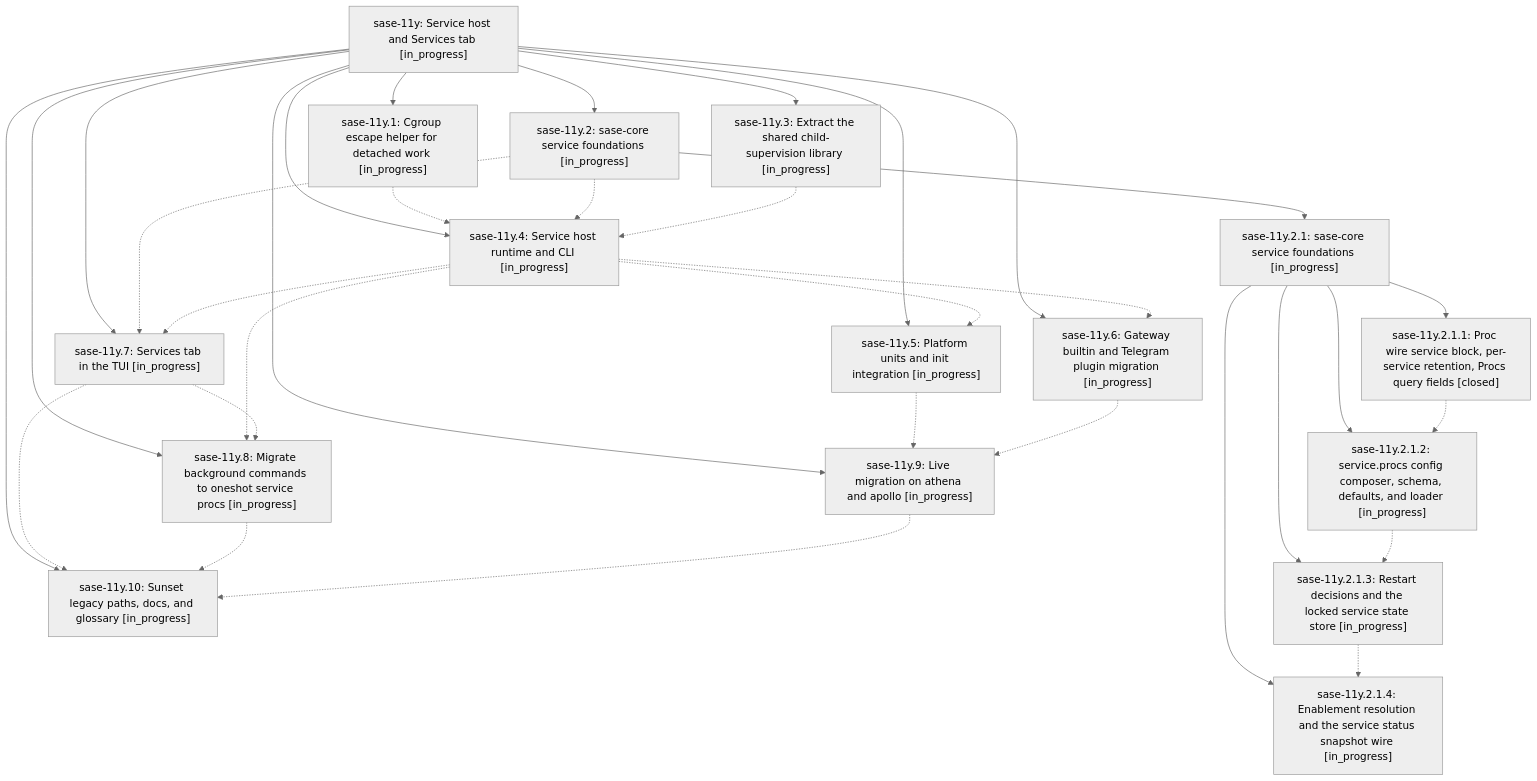
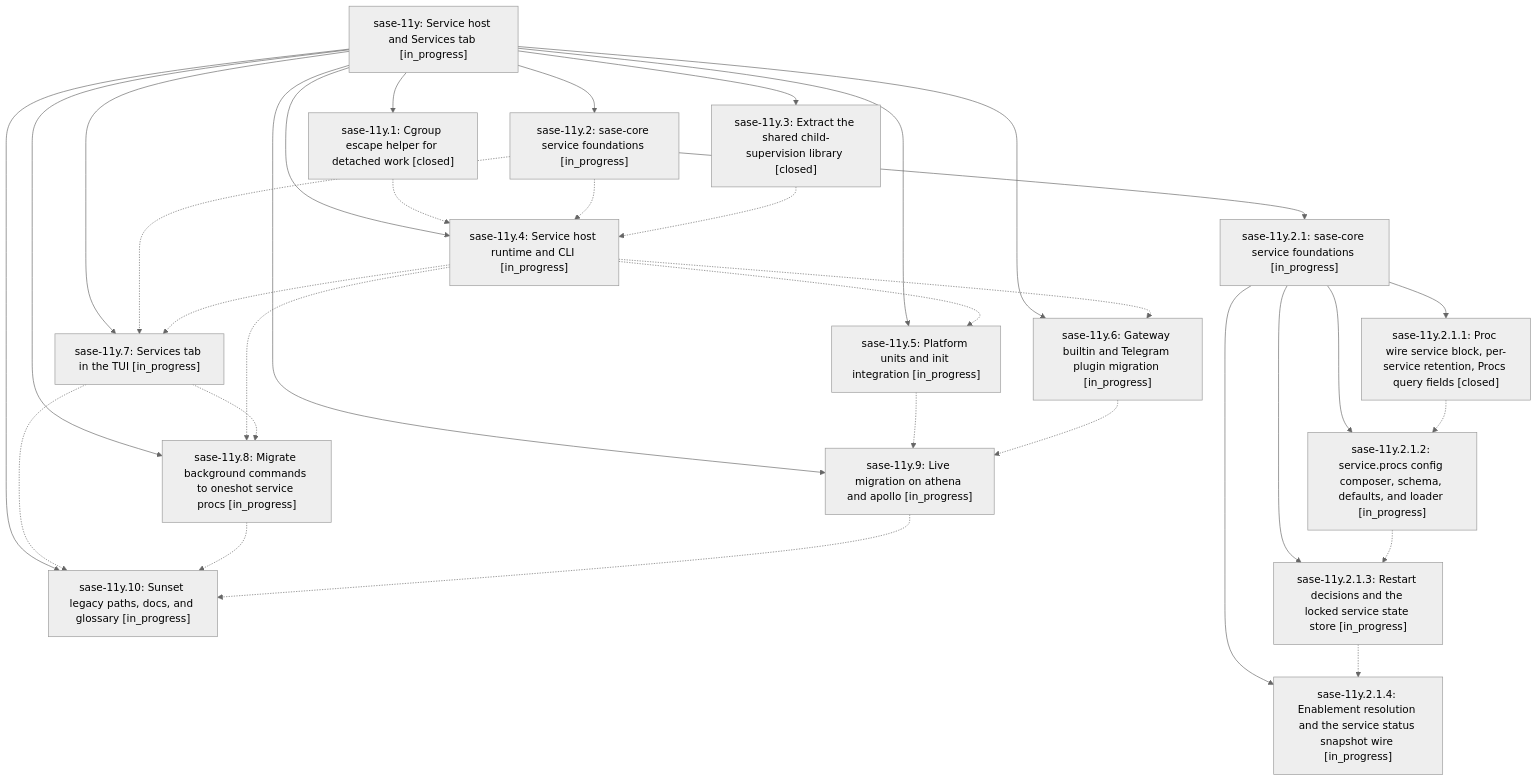
One commit to sase-org/sase--beads changed the diagram in pages/sase-11y/README.md. Above: the diagram before and after it, drawn with Mermaid (neutral theme). The commit also changed other lines of this file and 3 other files, not shown here.

````diff
--- a/pages/sase-11y/README.md
+++ b/pages/sase-11y/README.md
@@ -43,51 +43,51 @@
 ```mermaid
 flowchart TD
     n0["sase-11y: Service host and Services tab [in_progress]"]
-    n1["sase-11y.1: Cgroup escape helper for detached work [in_progress]"]
+    n1["sase-11y.1: Cgroup escape helper for detached work [closed]"]
     n2["sase-11y.10: Sunset legacy paths, docs, and glossary [in_progress]"]
     n3["sase-11y.2: sase-core service foundations [in_progress]"]
     n4["sase-11y.2.1: sase-core service foundations [in_progress]"]
     n5["sase-11y.2.1.1: Proc wire service block, per-service retention, Procs query fields [closed]"]
     n6["sase-11y.2.1.2: service.procs config composer, schema, defaults, and loader [in_progress]"]
     n7["sase-11y.2.1.3: Restart decisions and the locked service state store [in_progress]"]
     n8["sase-11y.2.1.4: Enablement resolution and the service status snapshot wire [in_progress]"]
-    n9["sase-11y.3: Extract the shared child-supervision library [in_progress]"]
+    n9["sase-11y.3: Extract the shared child-supervision library [closed]"]
     n10["sase-11y.4: Service host runtime and CLI [in_progress]"]
     n11["sase-11y.5: Platform units and init integration [in_progress]"]
     n12["sase-11y.6: Gateway builtin and Telegram plugin migration [in_progress]"]
     n13["sase-11y.7: Services tab in the TUI [in_progress]"]
     n14["sase-11y.8: Migrate background commands to oneshot service procs [in_progress]"]
     n15["sase-11y.9: Live migration on athena and apollo [in_progress]"]
     n0 --> n1
     n0 --> n2
     n0 --> n3
     n3 --> n4
     n4 --> n5
     n4 --> n6
     n4 --> n7
     n4 --> n8
     n0 --> n9
     n0 --> n10
     n0 --> n11
     n0 --> n12
     n0 --> n13
     n0 --> n14
     n0 --> n15
     n1 -.-> n10
     n3 -.-> n10
     n3 -.-> n13
     n5 -.-> n6
     n6 -.-> n7
     n7 -.-> n8
     n9 -.-> n10
     n10 -.-> n11
     n10 -.-> n12
     n10 -.-> n13
     n10 -.-> n14
     n11 -.-> n15
     n12 -.-> n15
     n13 -.-> n2
     n13 -.-> n14
     n14 -.-> n2
     n15 -.-> n2
 ```
````
